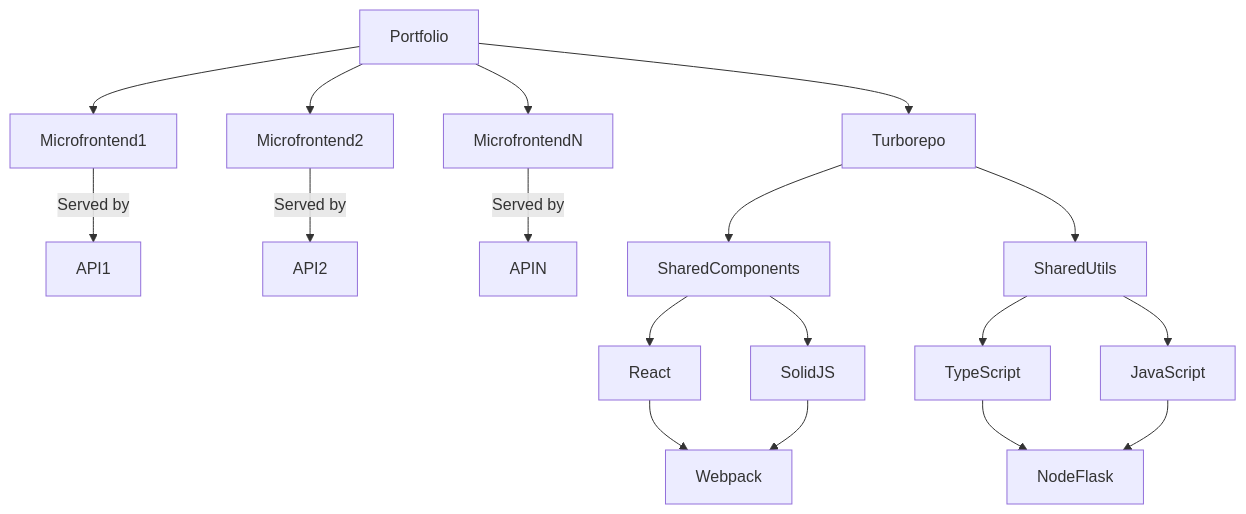
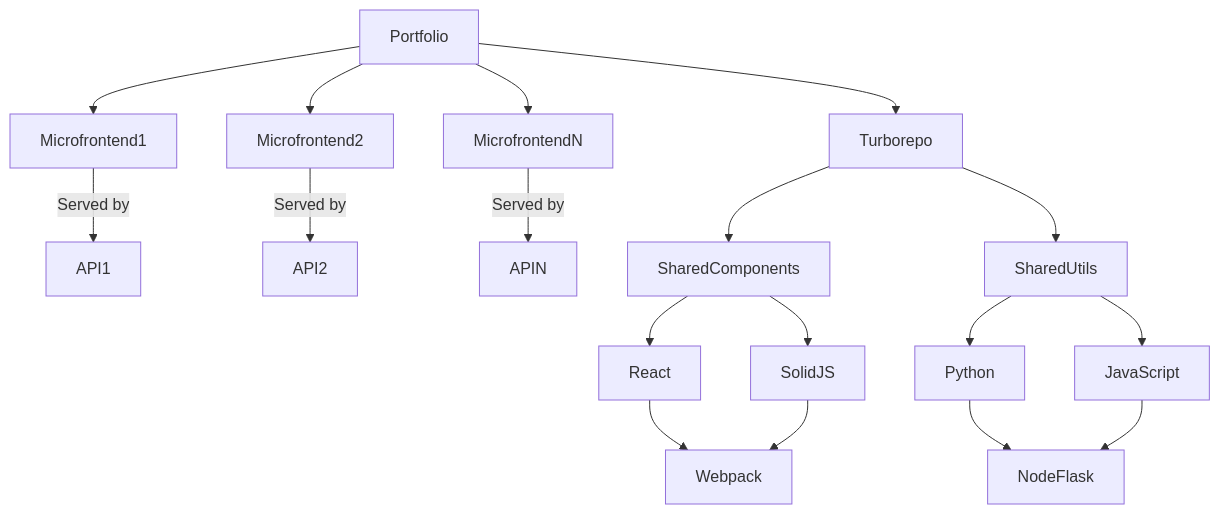
Before and after one commit to rckbrcls/portifolio: the diagram in README.md, drawn with Mermaid.

````diff
--- a/README.md
+++ b/README.md
@@ -24,20 +24,20 @@
 ```mermaid
 graph TD;
     Portfolio --> Microfrontend1;
     Portfolio --> Microfrontend2;
     Portfolio --> MicrofrontendN;
     Microfrontend1 -->|Served by| API1;
     Microfrontend2 -->|Served by| API2;
     MicrofrontendN -->|Served by| APIN;
     Portfolio --> Turborepo;
     Turborepo --> SharedComponents;
     Turborepo --> SharedUtils;
     SharedComponents --> React;
     SharedComponents --> SolidJS;
-    SharedUtils --> TypeScript;
+    SharedUtils --> Python;
     SharedUtils --> JavaScript;
     React --> Webpack;
     SolidJS --> Webpack;
-    TypeScript --> NodeFlask;
+    Python --> NodeFlask;
     JavaScript --> NodeFlask;
 ```
````
